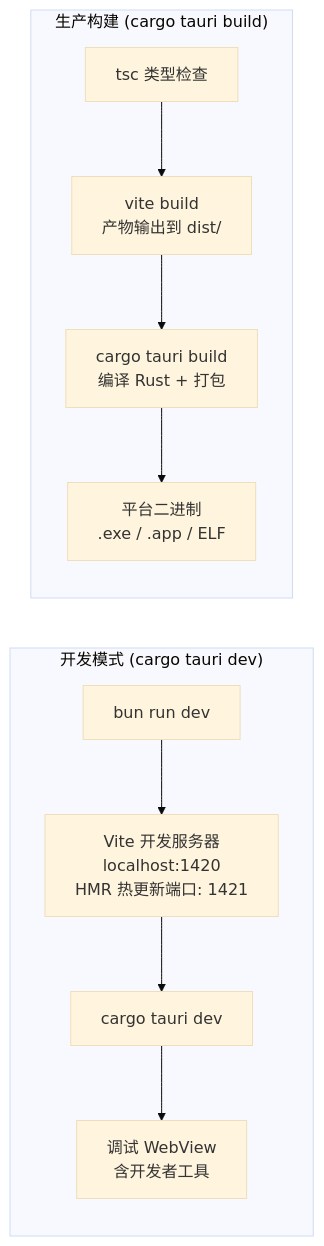
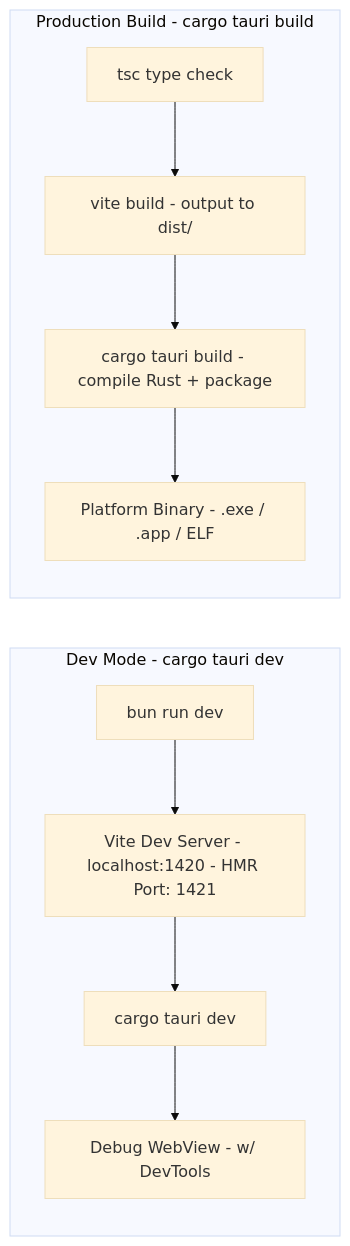
Before and after one commit to kindywu/task-manager: diagram 12 of 12 in docs/ARCHITECTURE.md, drawn with Mermaid (base theme). The commit also changed other lines of this file and 1 other file, not shown here.

````diff
--- a/docs/ARCHITECTURE.md
+++ b/docs/ARCHITECTURE.md
@@ -1027,14 +1098,14 @@
 ```mermaid
 flowchart LR
-    subgraph "开发模式 (cargo tauri dev)"
-        DEV1[bun run dev] --> VITE["Vite 开发服务器<br/>localhost:1420<br/>HMR 热更新端口: 1421"]
+    subgraph "Dev Mode - cargo tauri dev"
+        DEV1[bun run dev] --> VITE["Vite Dev Server - localhost:1420 - HMR Port: 1421"]
         VITE --> TDEV[cargo tauri dev]
-        TDEV --> WV_DEV[调试 WebView<br/>含开发者工具]
+        TDEV --> WV_DEV["Debug WebView - w/ DevTools"]
     end
 
-    subgraph "生产构建 (cargo tauri build)"
-        B1[tsc 类型检查] --> B2["vite build<br/>产物输出到 dist/"]
-        B2 --> B3["cargo tauri build<br/>编译 Rust + 打包"]
-        B3 --> BIN["平台二进制<br/>.exe / .app / ELF"]
+    subgraph "Production Build - cargo tauri build"
+        B1["tsc type check"] --> B2["vite build - output to dist/"]
+        B2 --> B3["cargo tauri build - compile Rust + package"]
+        B3 --> BIN["Platform Binary - .exe / .app / ELF"]
     end
 ```
````
